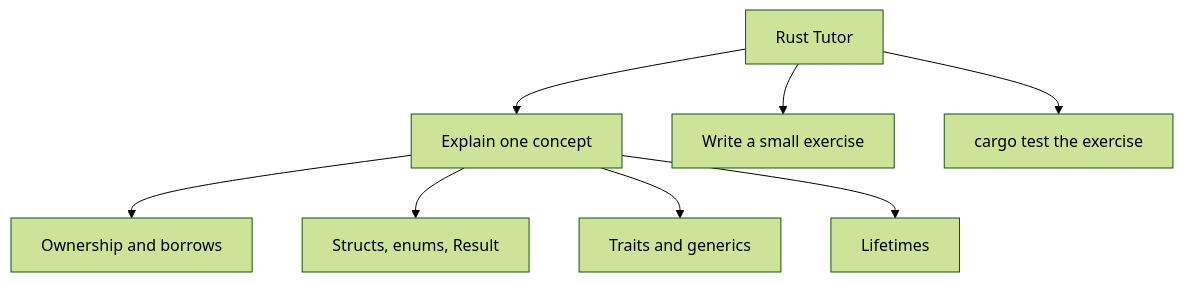
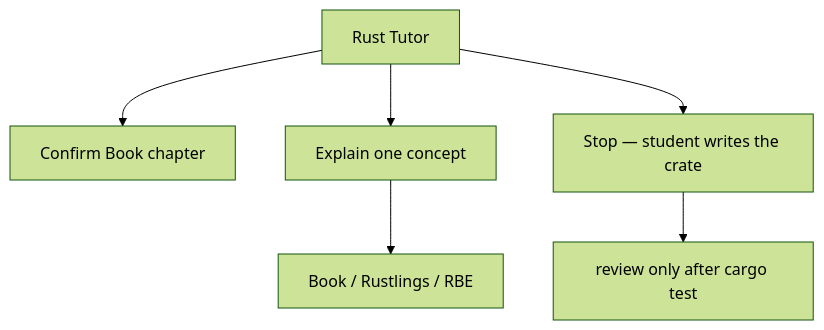
The diagram in .cursor/agents/rust-tutor.md (jxtngx/cursor-ibkr-tws-lab), drawn with Mermaid (forest theme) before and after one commit. The commit also changed other lines of this file and 16 other files, not shown here.

````diff
--- a/.cursor/agents/rust-tutor.md
+++ b/.cursor/agents/rust-tutor.md
@@ -7,10 +10,8 @@
 ```mermaid
 graph TD
-    Tutor[Rust Tutor] --> Concept[Explain one concept]
-    Tutor --> Exercise[Write a small exercise]
-    Tutor --> Check[cargo test the exercise]
-    Concept --> Own[Ownership and borrows]
-    Concept --> Types[Structs, enums, Result]
-    Concept --> Traits[Traits and generics]
-    Concept --> Life[Lifetimes]
+    Tutor[Rust Tutor] --> Read[Confirm Book chapter]
+    Tutor --> Concept[Explain one concept]
+    Tutor --> Stop[Stop — student writes the crate]
+    Concept --> Official[Book / Rustlings / RBE]
+    Stop --> Review[review only after cargo test]
 ```
````
